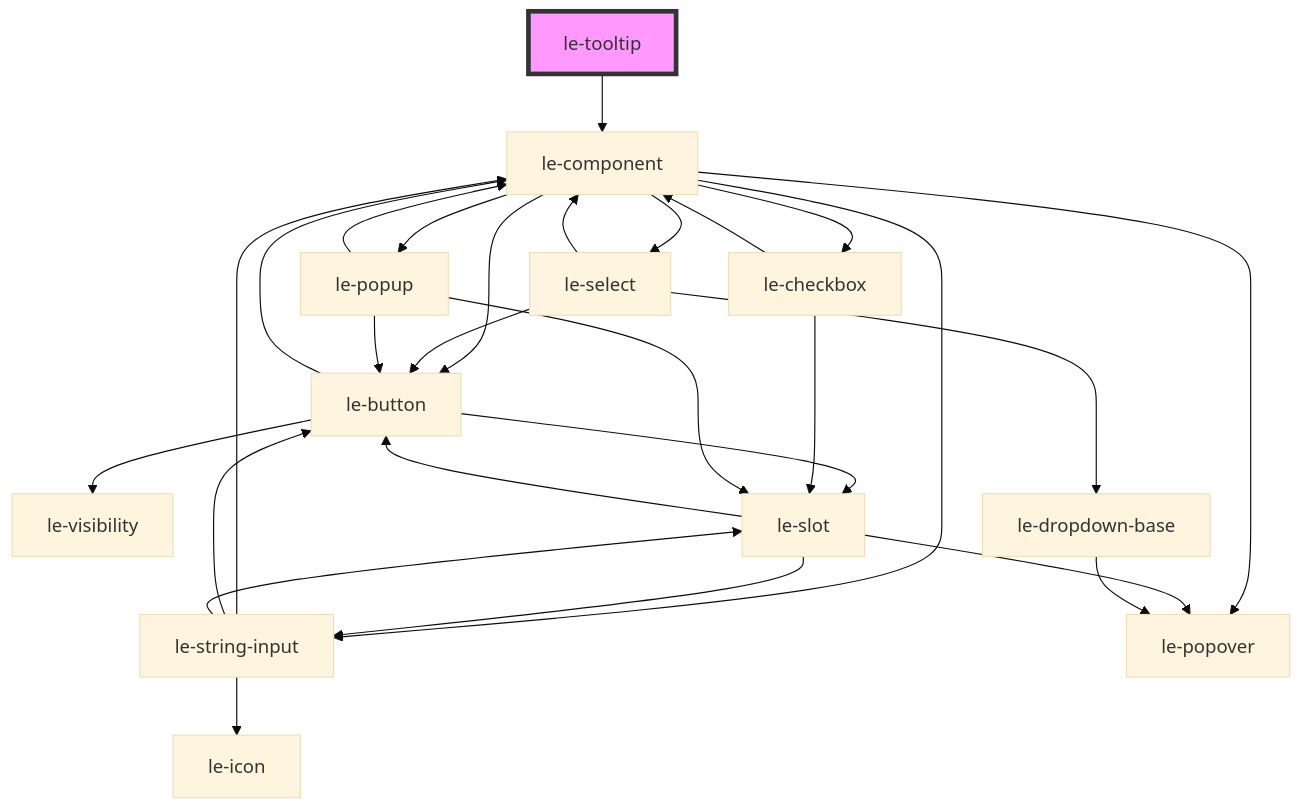
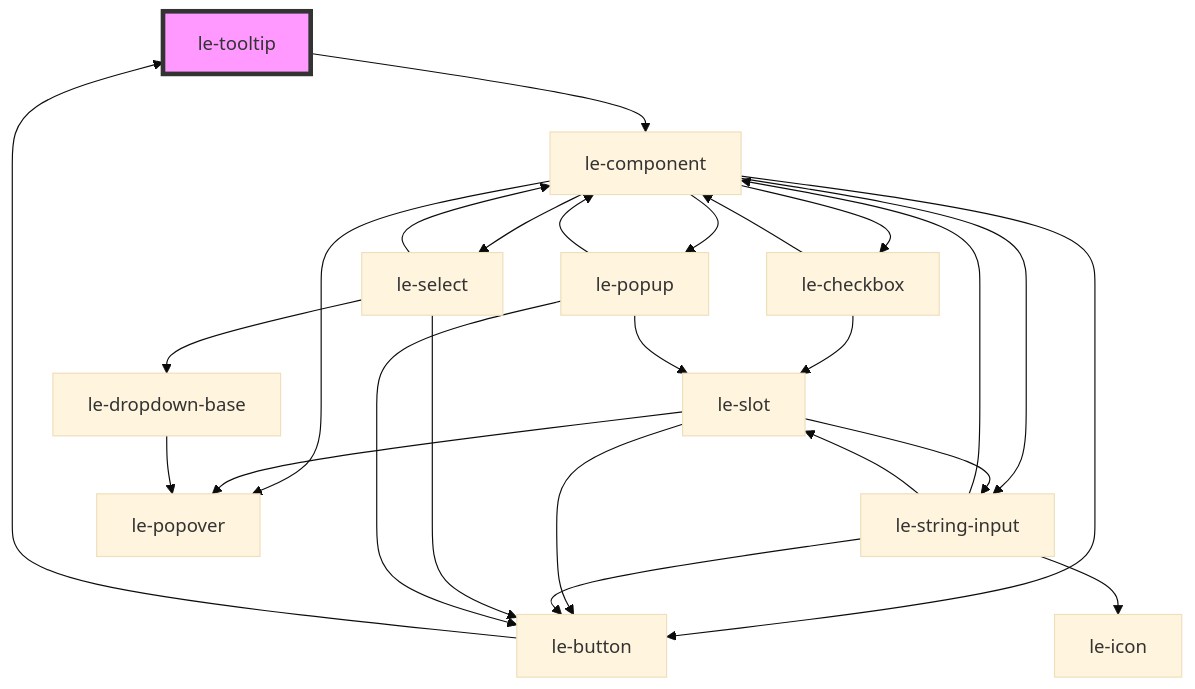
One commit to leechy/le-kit changed the diagram in packages/core/src/components/le-tooltip/readme.md. Above: the diagram before and after it, drawn with Mermaid (base theme). The commit also changed other lines of this file and 37 other files, not shown here.

Commit message:
Add tooltip property to <le-button> to be able to display hints for the icon-only buttons

````diff
--- a/packages/core/src/components/le-tooltip/readme.md
+++ b/packages/core/src/components/le-tooltip/readme.md
@@ -91,30 +95,28 @@
 ```mermaid
 graph TD;
   le-tooltip --> le-component
   le-component --> le-button
   le-component --> le-select
   le-component --> le-checkbox
   le-component --> le-string-input
   le-component --> le-popover
   le-component --> le-popup
-  le-button --> le-visibility
-  le-button --> le-component
-  le-button --> le-slot
+  le-button --> le-tooltip
   le-slot --> le-popover
   le-slot --> le-button
   le-slot --> le-string-input
   le-string-input --> le-component
   le-string-input --> le-button
   le-string-input --> le-icon
   le-string-input --> le-slot
   le-select --> le-component
   le-select --> le-dropdown-base
   le-select --> le-button
   le-dropdown-base --> le-popover
   le-checkbox --> le-component
   le-checkbox --> le-slot
   le-popup --> le-slot
   le-popup --> le-button
   le-popup --> le-component
   style le-tooltip fill:#f9f,stroke:#333,stroke-width:4px
 ```
````
